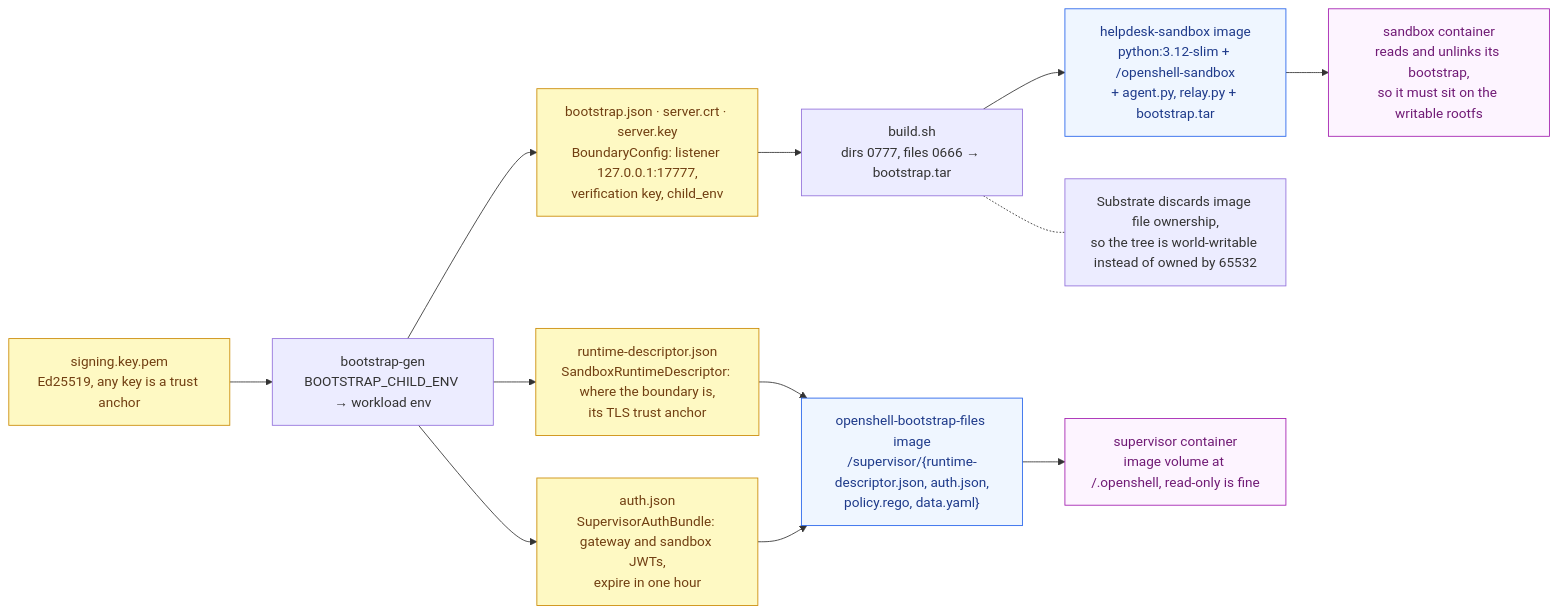
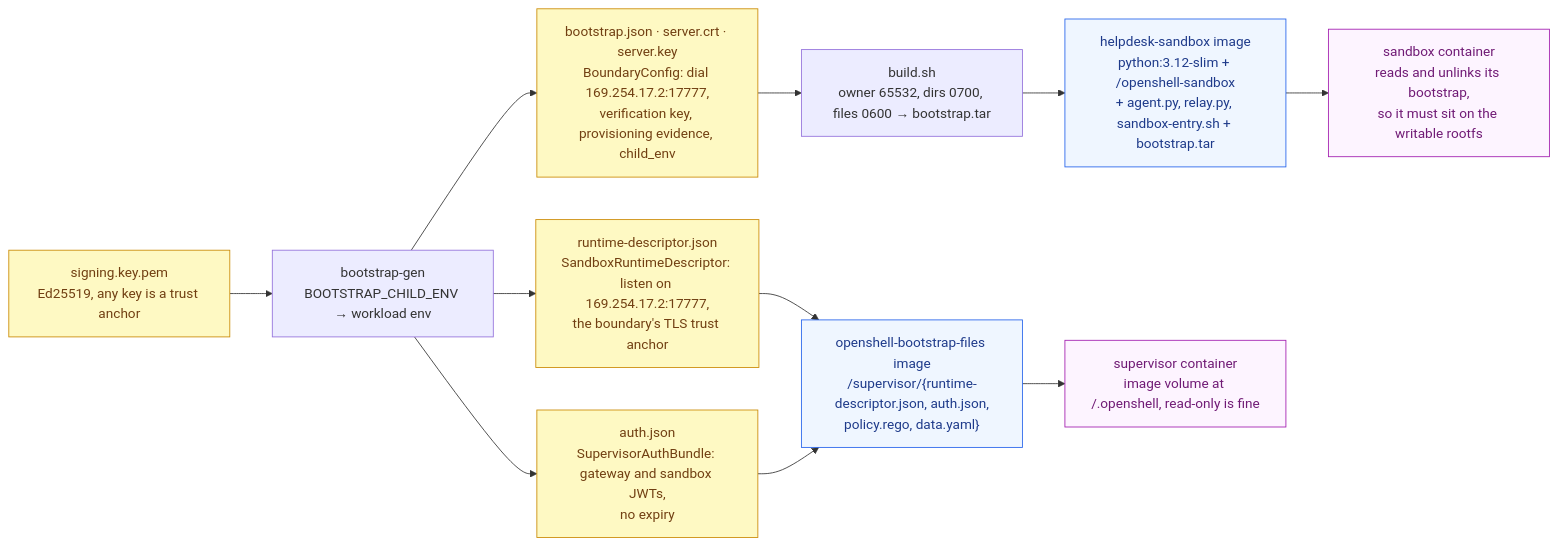
Before and after one commit to dims/openshell-driver-substrate: the eighth of 8 diagrams in docs/architecture.md, drawn with Mermaid. The commit also changed other lines of this file and 4 other files, not shown here.

````diff
--- a/docs/architecture.md
+++ b/docs/architecture.md
@@ -507,28 +529,26 @@
 ```mermaid
 flowchart LR
   classDef file fill:#fef9c3,stroke:#ca8a04,color:#713f12
   classDef img fill:#eff6ff,stroke:#2563eb,color:#1e3a8a
   classDef vol fill:#fdf4ff,stroke:#a21caf,color:#701a75
 
   key["signing.key.pem<br/>Ed25519, any key is a trust anchor"]:::file
   gen["bootstrap-gen<br/>BOOTSTRAP_CHILD_ENV → workload env"]
-  bs["bootstrap.json · server.crt · server.key<br/>BoundaryConfig: listener 127.0.0.1:17777,<br/>verification key, child_env"]:::file
-  rd["runtime-descriptor.json<br/>SandboxRuntimeDescriptor: where the boundary is,<br/>its TLS trust anchor"]:::file
-  ab["auth.json<br/>SupervisorAuthBundle: gateway and sandbox JWTs,<br/>expire in one hour"]:::file
-  pkg["build.sh<br/>dirs 0777, files 0666 → bootstrap.tar"]
-  simg["helpdesk-sandbox image<br/>python:3.12-slim + /openshell-sandbox<br/>+ agent.py, relay.py + bootstrap.tar"]:::img
+  bs["bootstrap.json · server.crt · server.key<br/>BoundaryConfig: dial 169.254.17.2:17777,<br/>verification key, provisioning evidence, child_env"]:::file
+  rd["runtime-descriptor.json<br/>SandboxRuntimeDescriptor: listen on 169.254.17.2:17777,<br/>the boundary's TLS trust anchor"]:::file
+  ab["auth.json<br/>SupervisorAuthBundle: gateway and sandbox JWTs,<br/>no expiry"]:::file
+  pkg["build.sh<br/>owner 65532, dirs 0700, files 0600 → bootstrap.tar"]
+  simg["helpdesk-sandbox image<br/>python:3.12-slim + /openshell-sandbox<br/>+ agent.py, relay.py, sandbox-entry.sh + bootstrap.tar"]:::img
   fimg["openshell-bootstrap-files image<br/>/supervisor/{runtime-descriptor.json, auth.json,<br/>policy.rego, data.yaml}"]:::img
   sbx["sandbox container<br/>reads and unlinks its bootstrap,<br/>so it must sit on the writable rootfs"]:::vol
   sup["supervisor container<br/>image volume at /.openshell, read-only is fine"]:::vol
-  note["Substrate discards image file ownership,<br/>so the tree is world-writable instead of owned by 65532"]
 
   key --> gen
   gen --> bs
   gen --> rd
   gen --> ab
   bs --> pkg --> simg --> sbx
   rd --> fimg
   ab --> fimg
   fimg --> sup
-  pkg -.- note
 ```
````
